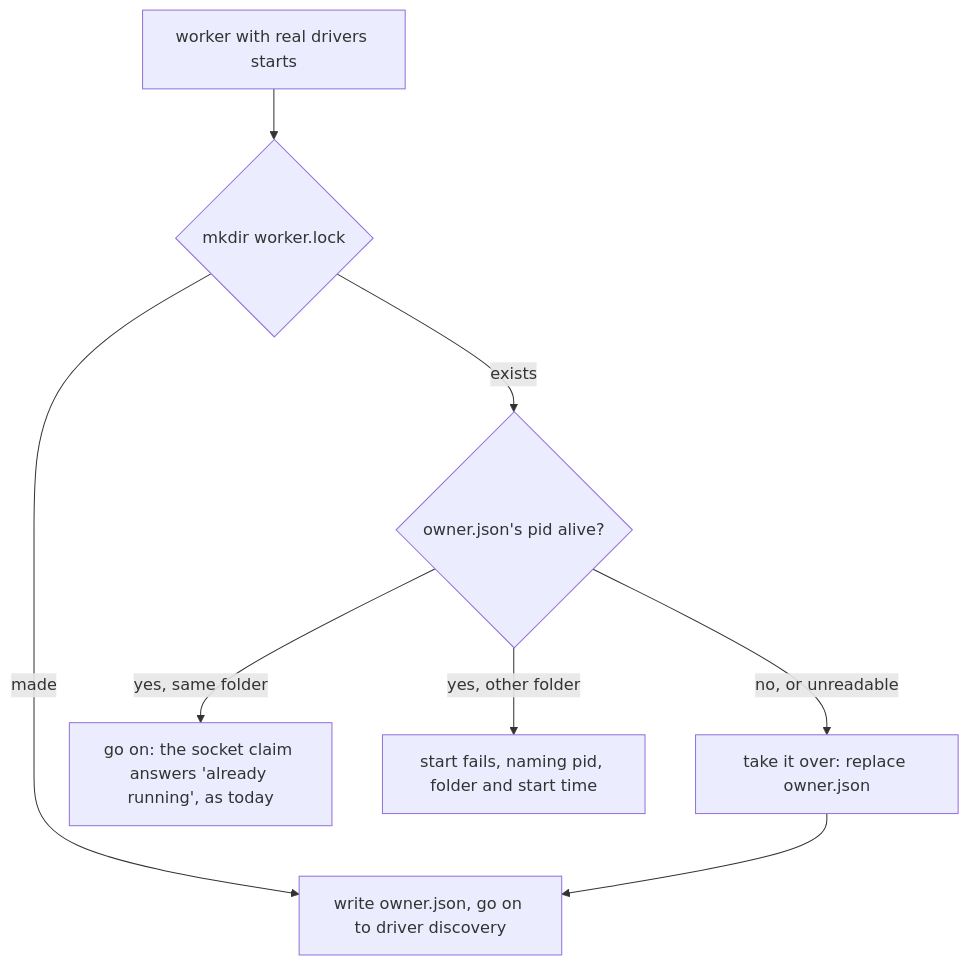
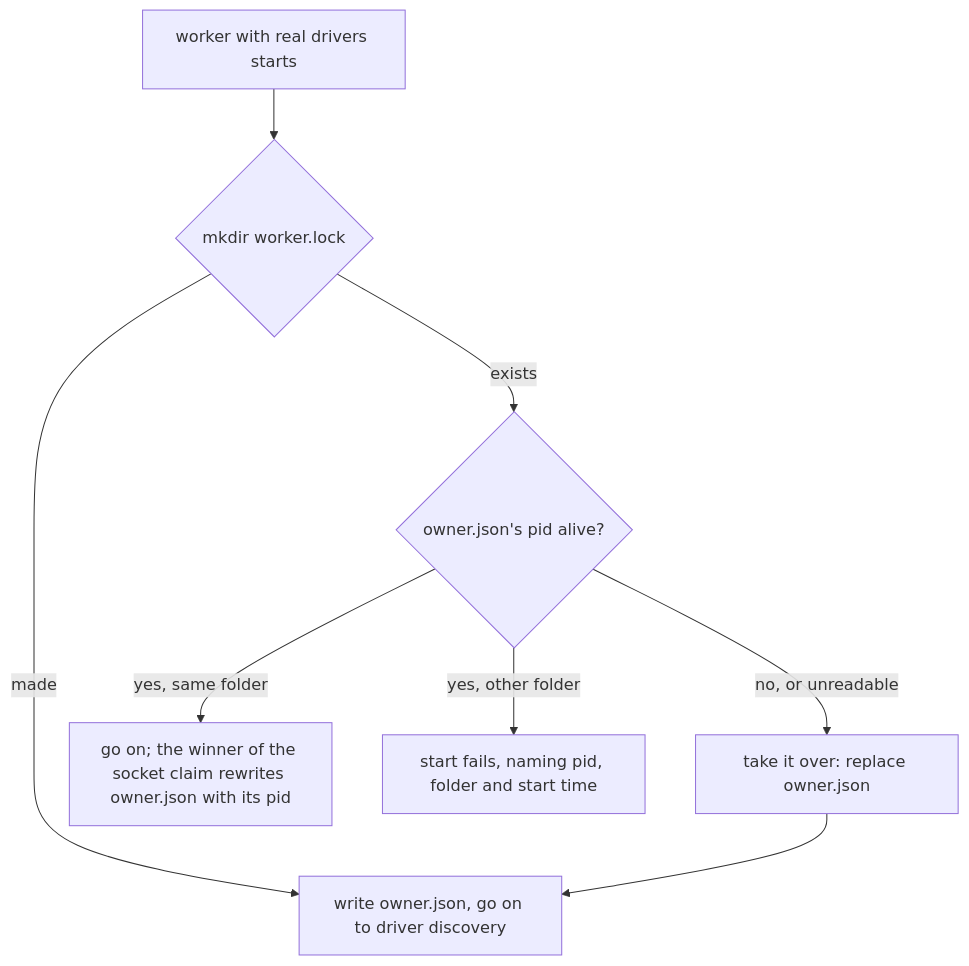
One commit to callstackincubator/simlock changed the diagram in docs/internal/adr/0059-a-worker-with-real-drivers-holds-a-per-user-lock.md. Above: the diagram before and after it, drawn with Mermaid. The commit also changed other lines of this file and 3 other files, not shown here.

Commit message:
docs(adr): 0059 same-folder race and failed-start release; index narrowing (#1189)

````diff
--- a/docs/internal/adr/0059-a-worker-with-real-drivers-holds-a-per-user-lock.md
+++ b/docs/internal/adr/0059-a-worker-with-real-drivers-holds-a-per-user-lock.md
@@ -62,9 +63,9 @@
 ```mermaid
 flowchart TD
   S["worker with real drivers starts"] --> M{"mkdir worker.lock"}
   M -- made --> W["write owner.json, go on to driver discovery"]
   M -- exists --> R{"owner.json's pid alive?"}
   R -- no, or unreadable --> T["take it over: replace owner.json"] --> W
-  R -- "yes, same folder" --> C["go on: the socket claim answers 'already running', as today"]
+  R -- "yes, same folder" --> C["go on; the winner of the socket claim rewrites owner.json with its pid"]
   R -- "yes, other folder" --> X["start fails, naming pid, folder and start time"]
 ```
````
